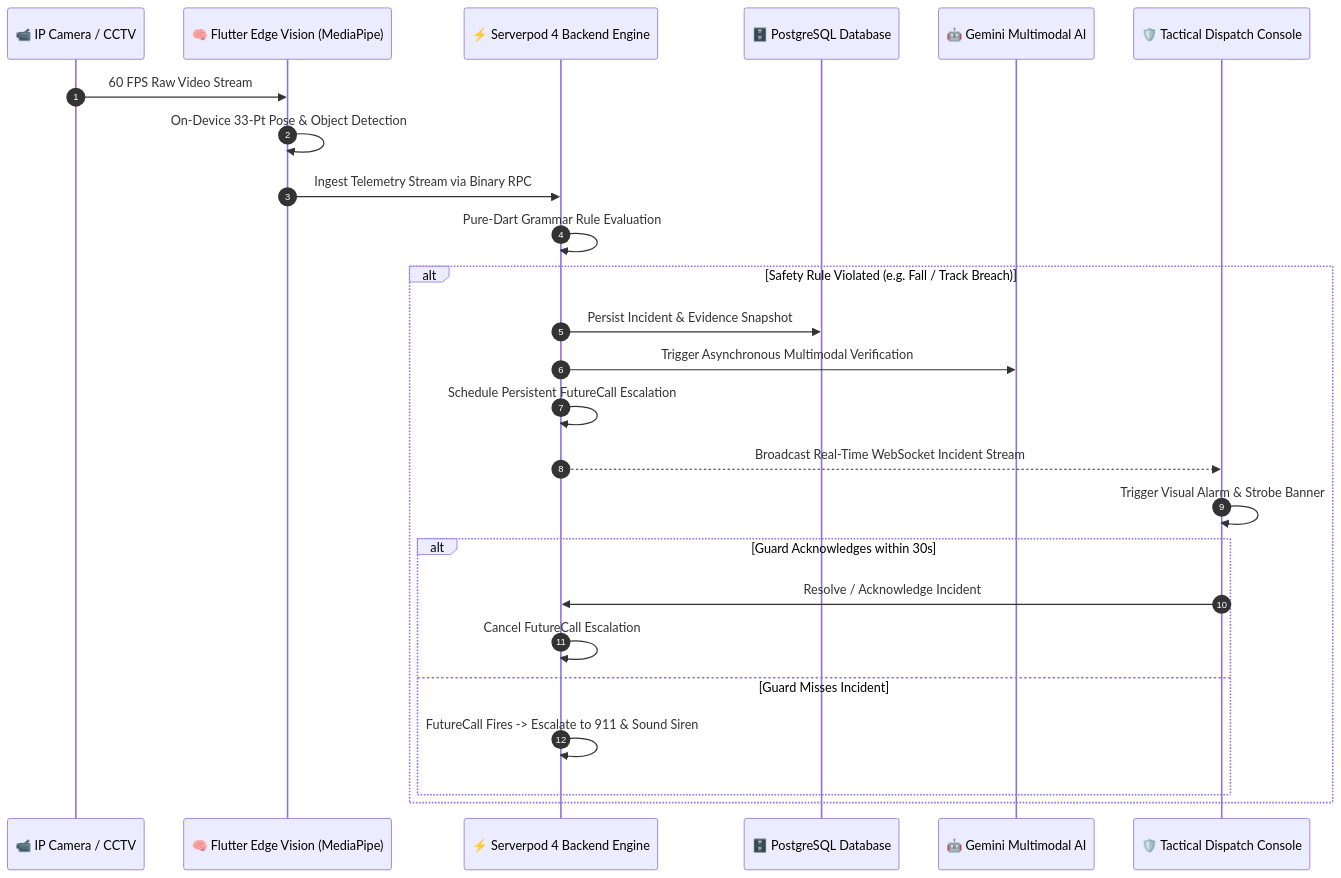
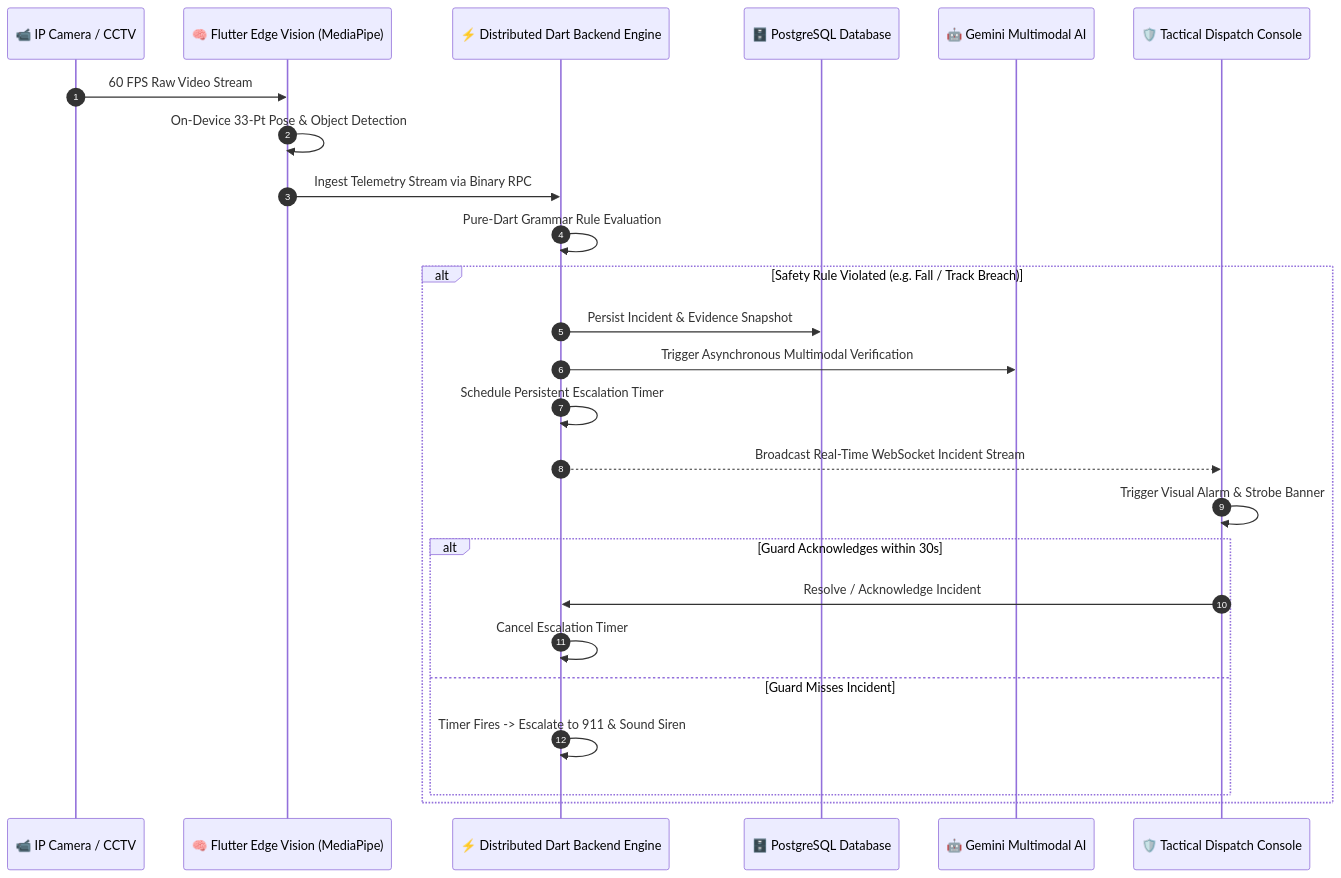
Before and after one commit to Manthan-cpp/Argus-AI: the diagram in README.md, drawn with Mermaid. The commit also changed other lines of this file and 24 other files, not shown here.

````diff
--- a/README.md
+++ b/README.md
@@ -173,28 +172,28 @@
 ```mermaid
 sequenceDiagram
     autonumber
     participant Camera as 📹 IP Camera / CCTV
     participant Edge as 🧠 Flutter Edge Vision (MediaPipe)
-    participant Serverpod as ⚡ Serverpod 4 Backend Engine
+    participant Server as ⚡ Distributed Dart Backend Engine
     participant Postgres as 🗄️ PostgreSQL Database
     participant AI as 🤖 Gemini Multimodal AI
     participant SOC as 🛡️ Tactical Dispatch Console
 
     Camera->>Edge: 60 FPS Raw Video Stream
     Edge->>Edge: On-Device 33-Pt Pose & Object Detection
-    Edge->>Serverpod: Ingest Telemetry Stream via Binary RPC
-    Serverpod->>Serverpod: Pure-Dart Grammar Rule Evaluation
+    Edge->>Server: Ingest Telemetry Stream via Binary RPC
+    Server->>Server: Pure-Dart Grammar Rule Evaluation
     alt Safety Rule Violated (e.g. Fall / Track Breach)
-        Serverpod->>Postgres: Persist Incident & Evidence Snapshot
-        Serverpod->>AI: Trigger Asynchronous Multimodal Verification
-        Serverpod->>Serverpod: Schedule Persistent FutureCall Escalation
-        Serverpod-->>SOC: Broadcast Real-Time WebSocket Incident Stream
+        Server->>Postgres: Persist Incident & Evidence Snapshot
+        Server->>AI: Trigger Asynchronous Multimodal Verification
+        Server->>Server: Schedule Persistent Escalation Timer
+        Server-->>SOC: Broadcast Real-Time WebSocket Incident Stream
         SOC->>SOC: Trigger Visual Alarm & Strobe Banner
         alt Guard Acknowledges within 30s
-            SOC->>Serverpod: Resolve / Acknowledge Incident
-            Serverpod->>Serverpod: Cancel FutureCall Escalation
+            SOC->>Server: Resolve / Acknowledge Incident
+            Server->>Server: Cancel Escalation Timer
         else Guard Misses Incident
-            Serverpod->>Serverpod: FutureCall Fires -> Escalate to 911 & Sound Siren
+            Server->>Server: Timer Fires -> Escalate to 911 & Sound Siren
         end
     end
 ```
````
